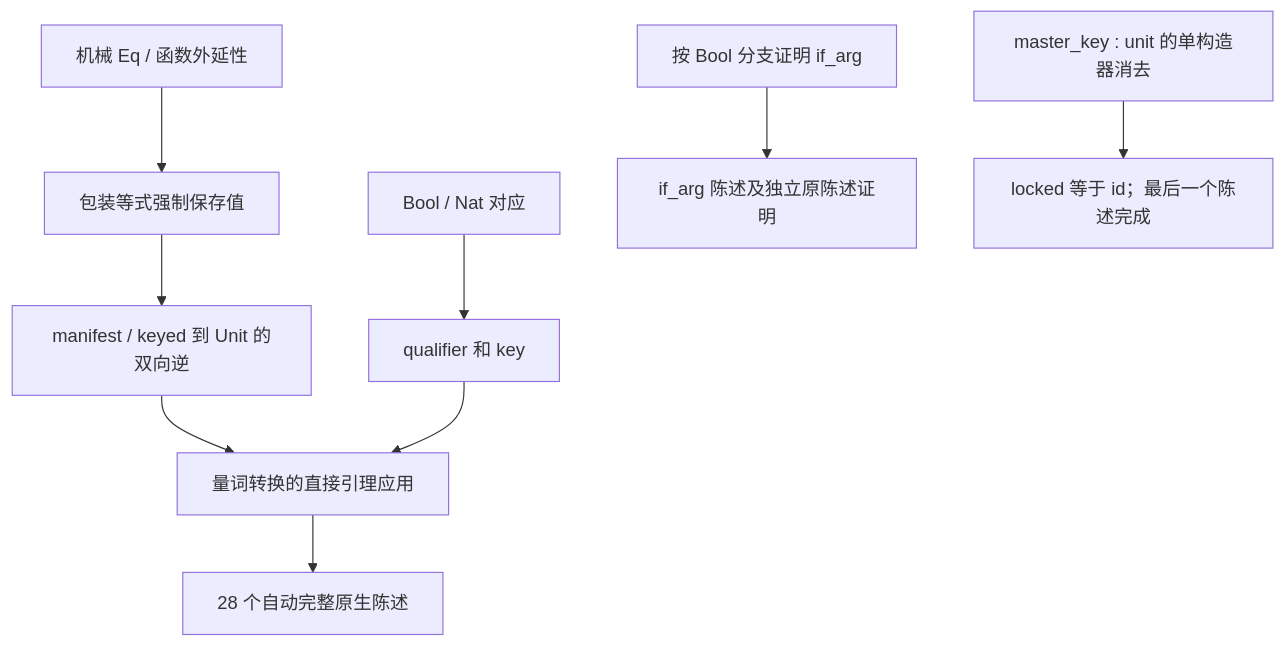
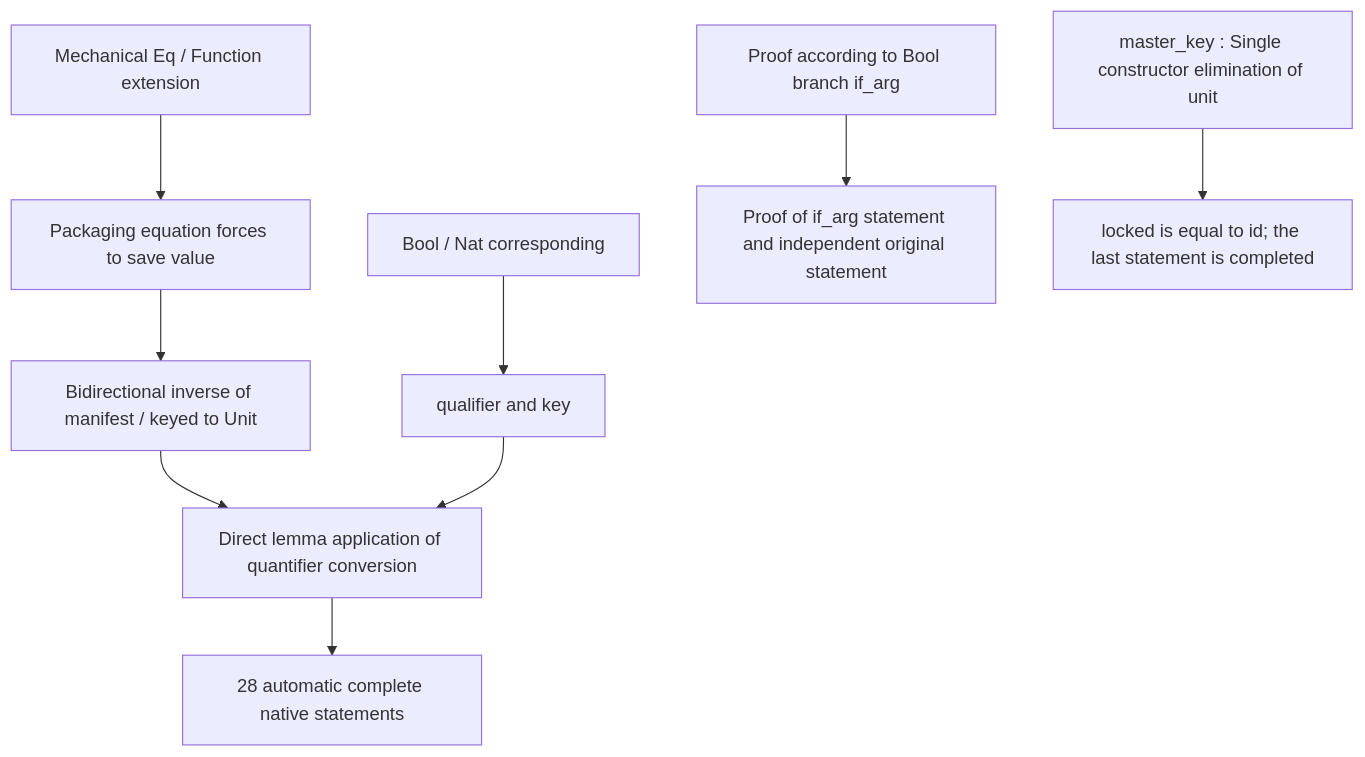
One commit to jackooo-dddd/rocq-core changed the seventh of 26 diagrams in experiments/incremental-correspondence-20261019/DAG.md. Above: the diagram before and after it, drawn with Mermaid. The commit also changed other lines of this file and 701 other files, not shown here.

````diff
--- a/experiments/incremental-correspondence-20261019/DAG.md
+++ b/experiments/incremental-correspondence-20261019/DAG.md
@@ -313,11 +313,11 @@
 ```mermaid
 flowchart TD
-  A["机械 Eq / 函数外延性"] --> B["包装等式强制保存值"]
-  B --> C["manifest / keyed 到 Unit 的双向逆"]
-  D["Bool / Nat 对应"] --> E["qualifier 和 key"]
-  C --> F["量词转换的直接引理应用"]
+  A["Mechanical Eq / Function extension"] --> B["Packaging equation forces to save value"]
+  B --> C["Bidirectional inverse of manifest / keyed to Unit"]
+  D["Bool / Nat corresponding"] --> E["qualifier and key"]
+  C --> F["Direct lemma application of quantifier conversion"]
   E --> F
-  F --> G["28 个自动完整原生陈述"]
-  H["按 Bool 分支证明 if_arg"] --> I["if_arg 陈述及独立原陈述证明"]
-  J["master_key : unit 的单构造器消去"] --> K["locked 等于 id；最后一个陈述完成"]
+  F --> G["28 automatic complete native statements"]
+  H["Proof according to Bool branch if_arg"] --> I["Proof of if_arg statement and independent original statement"]
+  J["master_key : Single constructor elimination of unit"] --> K["locked is equal to id; the last statement is completed"]
 ```
````
